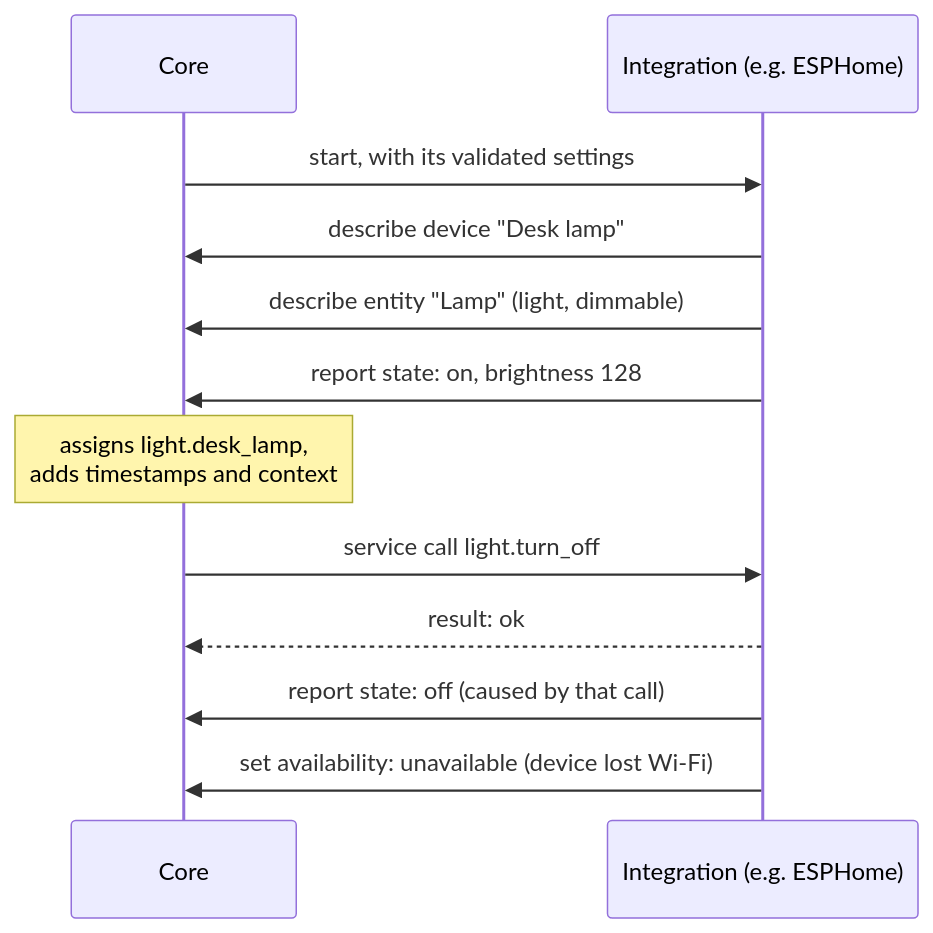
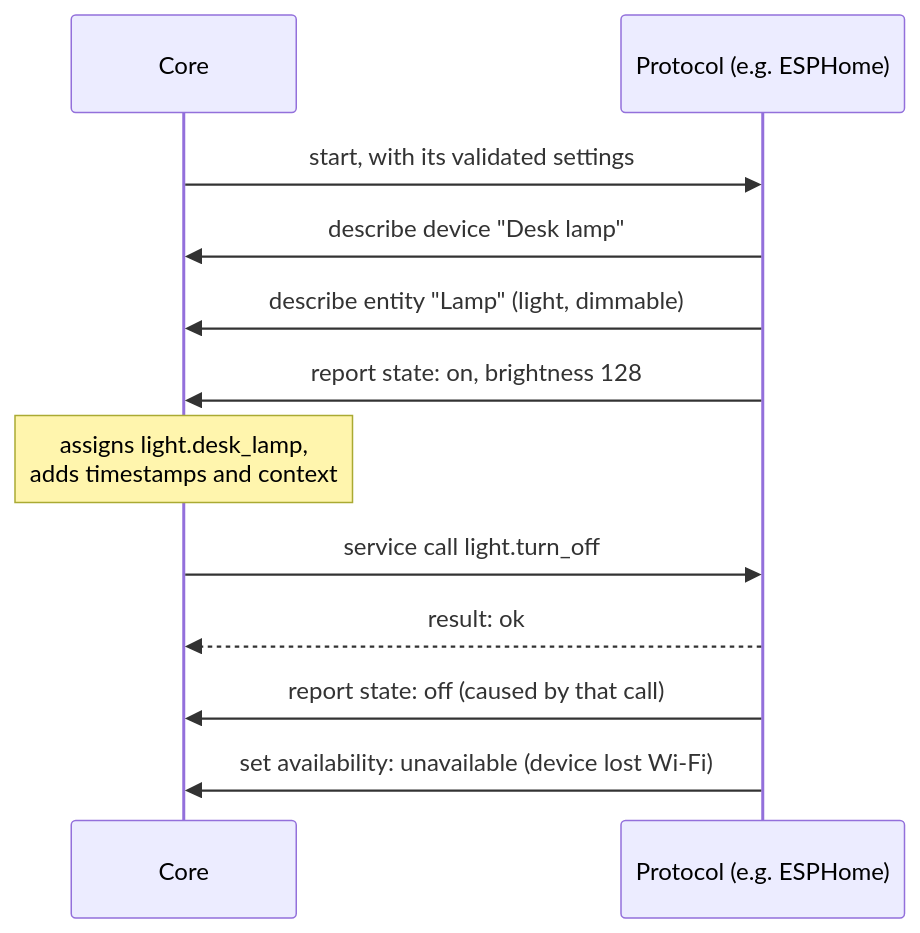
The diagram in docs/specs/protocols.md (nicosandller/irori_os), drawn with Mermaid before and after one commit. The commit also changed other lines of this file and 30 other files, not shown here.

First line of the commit message:
Finish the integration->extension/protocol rename, fix CI, address review

````diff
--- a/docs/specs/protocols.md
+++ b/docs/specs/protocols.md
@@ -26,14 +26,14 @@
 ```mermaid
 sequenceDiagram
     participant C as Core
-    participant I as Integration (e.g. ESPHome)
+    participant I as Protocol (e.g. ESPHome)
     C->>I: start, with its validated settings
     I->>C: describe device "Desk lamp"
     I->>C: describe entity "Lamp" (light, dimmable)
     I->>C: report state: on, brightness 128
     Note over C: assigns light.desk_lamp,<br/>adds timestamps and context
     C->>I: service call light.turn_off
     I-->>C: result: ok
     I->>C: report state: off (caused by that call)
     I->>C: set availability: unavailable (device lost Wi-Fi)
 ```
````
